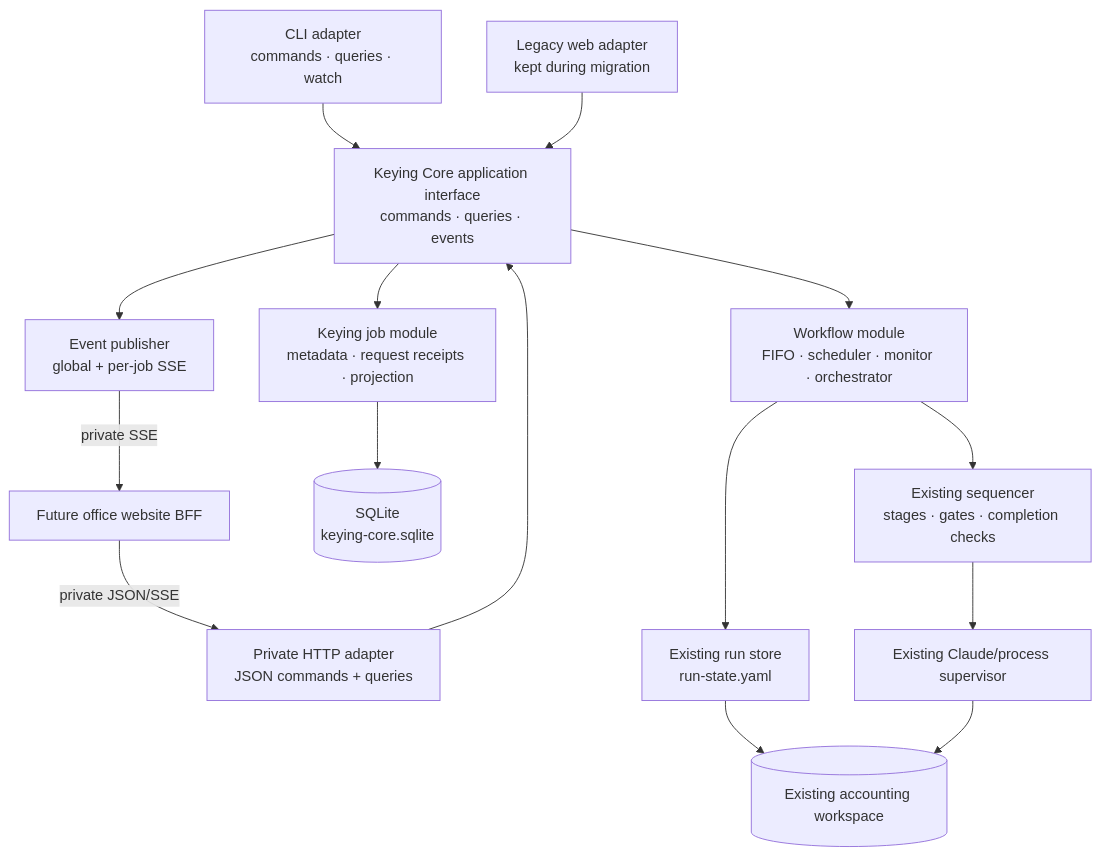
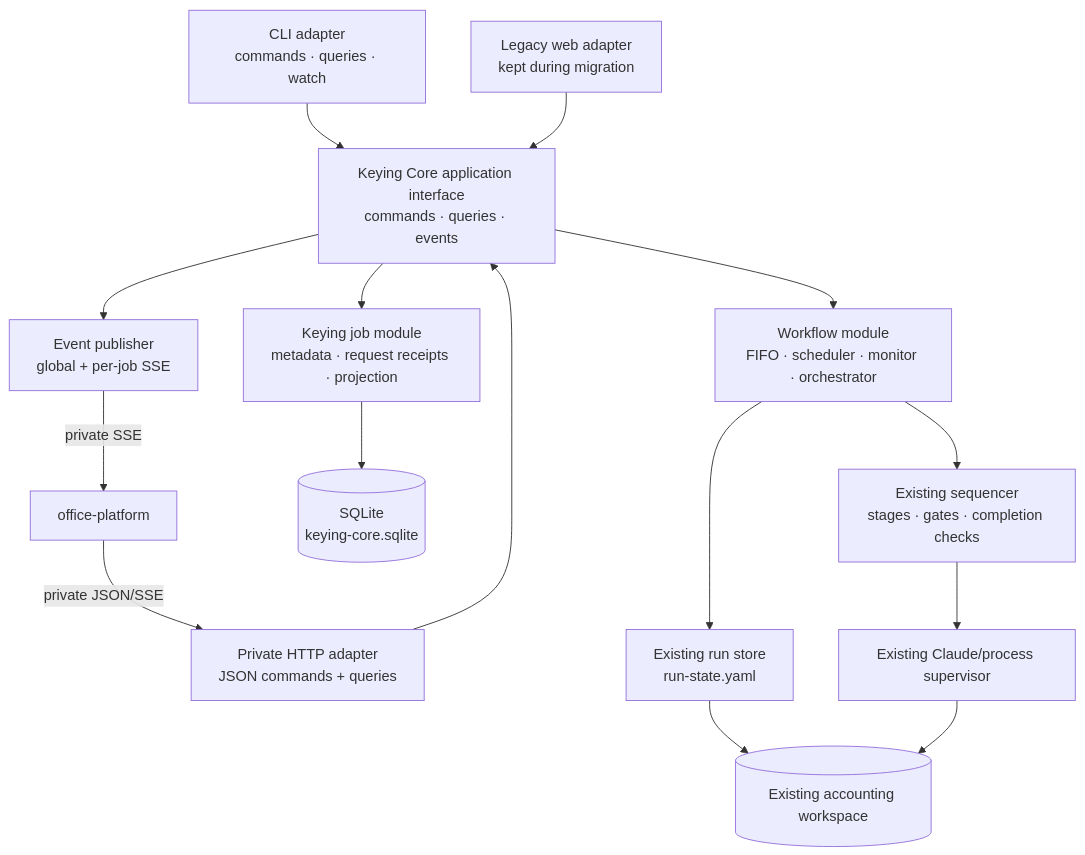
The second of 5 diagrams in docs/plans/2026-08-06-keying-core-modular-monolith-plan.md (peerasak-u/ksk-keying), drawn with Mermaid before and after one commit. The commit also changed other lines of this file and 2 other files, not shown here.

````diff
--- a/docs/plans/2026-08-06-keying-core-modular-monolith-plan.md
+++ b/docs/plans/2026-08-06-keying-core-modular-monolith-plan.md
@@ -105,21 +418,21 @@
 ```mermaid
 flowchart TD
   CLI["CLI adapter\ncommands · queries · watch"] --> APP
   HTTP["Private HTTP adapter\nJSON commands + queries"] --> APP
   LEGACY["Legacy web adapter\nkept during migration"] --> APP
 
   APP["Keying Core application interface\ncommands · queries · events"]
   APP --> JOB["Keying job module\nmetadata · request receipts · projection"]
   APP --> WF["Workflow module\nFIFO · scheduler · monitor · orchestrator"]
   WF --> SEQ["Existing sequencer\nstages · gates · completion checks"]
   APP --> EVT["Event publisher\nglobal + per-job SSE"]
 
   JOB --> DB[("SQLite\nkeying-core.sqlite")]
   WF --> RS["Existing run store\nrun-state.yaml"]
   SEQ --> CLAUDE["Existing Claude/process supervisor"]
   RS --> WS[("Existing accounting workspace")]
   CLAUDE --> WS
 
-  OFFICE["Future office website BFF"] -->|"private JSON/SSE"| HTTP
+  OFFICE["office-platform"] -->|"private JSON/SSE"| HTTP
   EVT -->|"private SSE"| OFFICE
 ```
````
